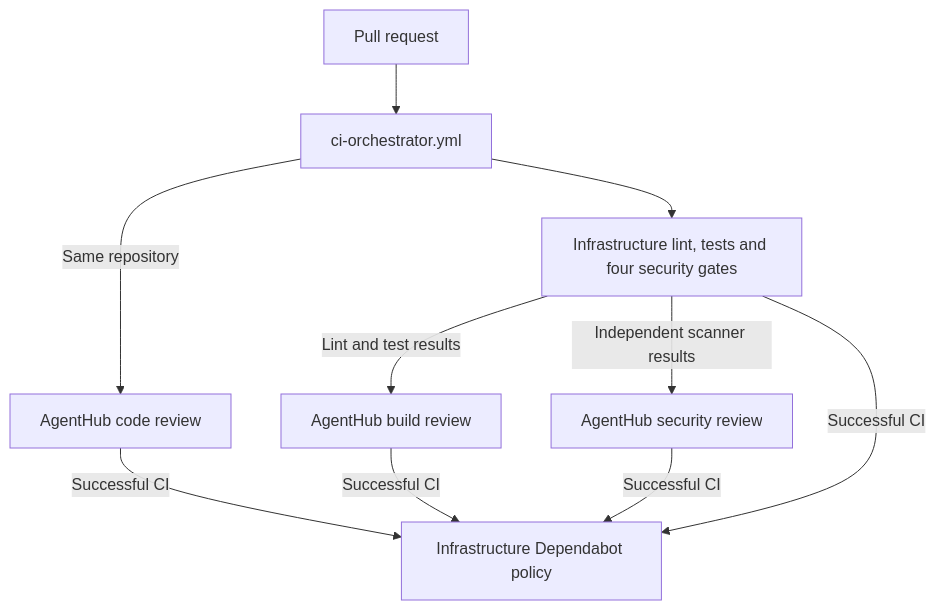
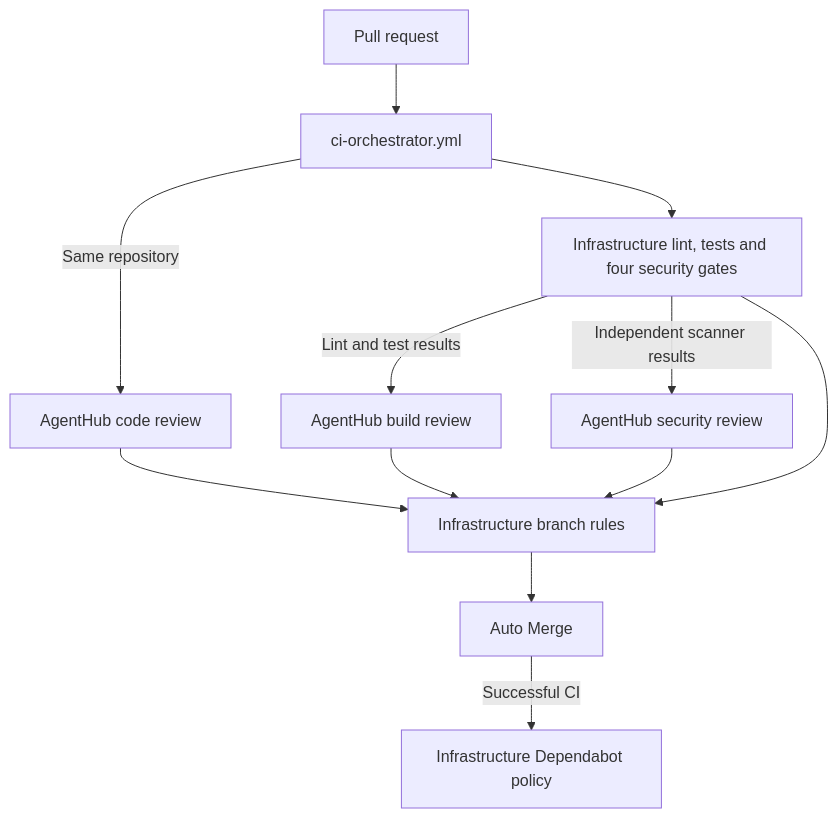
One commit to VanillaIceCube/MacroMapper changed the first of 2 diagrams in .github/workflows/README.md. Above: the diagram before and after it, drawn with Mermaid. The commit also changed other lines of this file and 8 other files, not shown here.

````diff
--- a/.github/workflows/README.md
+++ b/.github/workflows/README.md
@@ -28,9 +28,11 @@
 ```mermaid
 flowchart TD
     PR[Pull request] --> CI[ci-orchestrator.yml]
     CI --> G[Infrastructure lint, tests and four security gates]
     CI -->|Same repository| C[AgentHub code review]
     G -->|Lint and test results| B[AgentHub build review]
     G -->|Independent scanner results| S[AgentHub security review]
-    C & B & S & G -->|Successful CI| M[Infrastructure Dependabot policy]
+    C & B & S & G --> R[Infrastructure branch rules]
+    R --> A[Auto Merge]
+    A -->|Successful CI| M[Infrastructure Dependabot policy]
 ```
````
